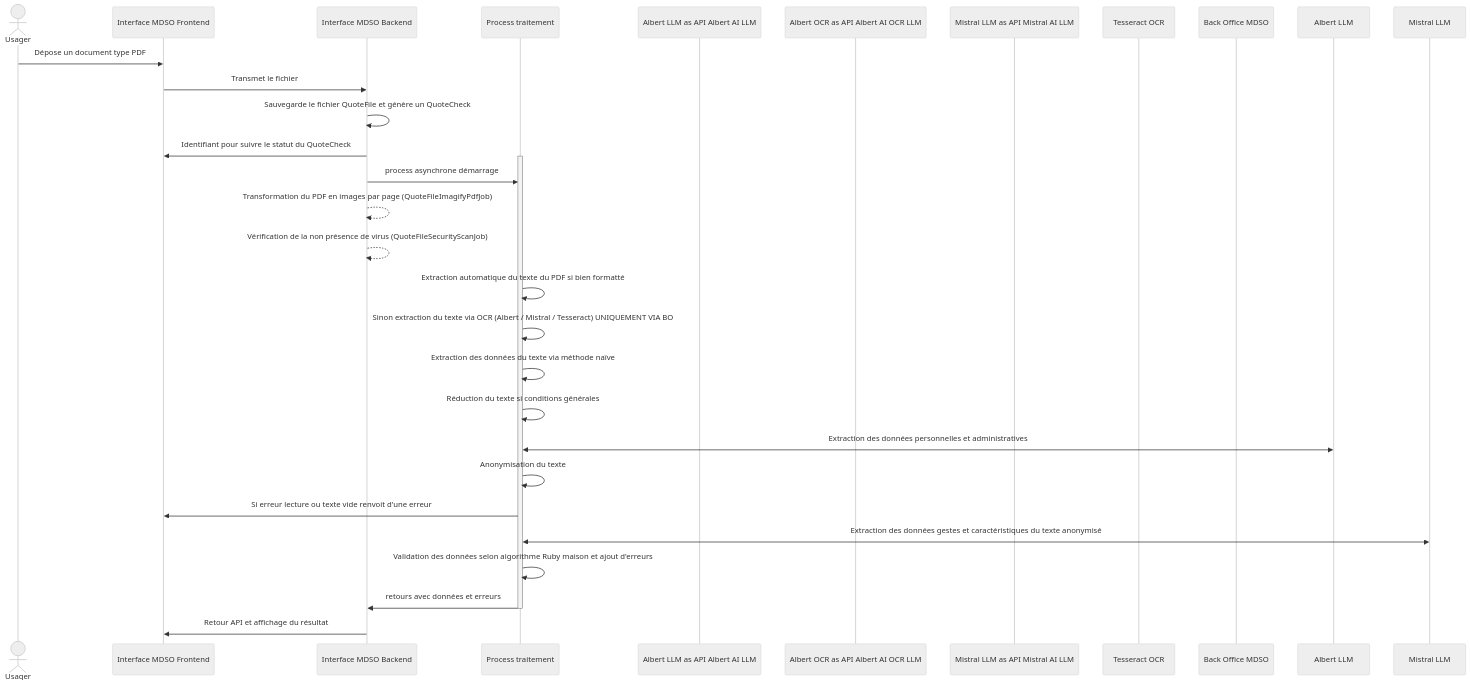
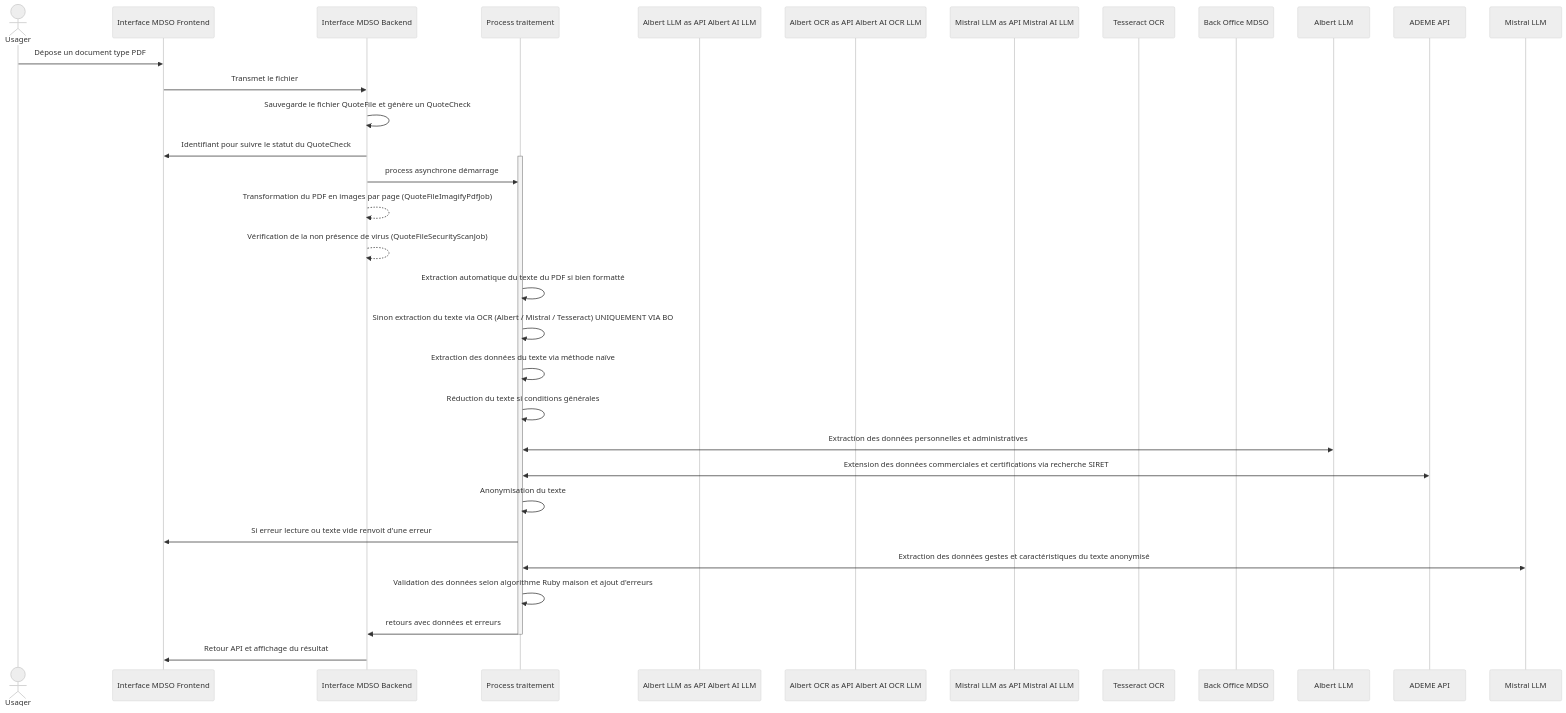
One commit to MTES-MCT/mon-devis-sans-oublis-backend changed the diagram in README.md. Above: the diagram before and after it, drawn with Mermaid (neutral theme). The commit also changed 7 other files, not shown here.

````diff
--- a/README.md
+++ b/README.md
@@ -30,45 +30,46 @@
 ```mermaid
 sequenceDiagram
     actor User as Usager
     participant Frontend as Interface MDSO Frontend
     participant Backend as Interface MDSO Backend
 
     participant QuoteCheckCheckJob as Process traitement
     participant Albert LLM as API Albert AI LLM
     participant Albert OCR as API Albert AI OCR LLM
     participant Mistral LLM as API Mistral AI LLM
     participant Tesseract as Tesseract OCR
 
     participant BO as Back Office MDSO
 
     User->>Frontend: Dépose un document type PDF
     Frontend->>Backend: Transmet le fichier
     Backend->>Backend: Sauvegarde le fichier QuoteFile et génère un QuoteCheck
     Backend->>Frontend: Identifiant pour suivre le statut du QuoteCheck
 
     activate QuoteCheckCheckJob
     Backend->>QuoteCheckCheckJob: process asynchrone démarrage
     Backend-->>Backend: Transformation du PDF en images par page (QuoteFileImagifyPdfJob)
     Backend-->>Backend: Vérification de la non présence de virus (QuoteFileSecurityScanJob)
 
     QuoteCheckCheckJob->>QuoteCheckCheckJob: Extraction automatique du texte du PDF si bien formatté
     QuoteCheckCheckJob->>QuoteCheckCheckJob: Sinon extraction du texte via OCR (Albert / Mistral / Tesseract) UNIQUEMENT VIA BO
 
     QuoteCheckCheckJob->>QuoteCheckCheckJob: Extraction des données du texte via méthode naïve
     QuoteCheckCheckJob->>QuoteCheckCheckJob: Réduction du texte si conditions générales
 
     QuoteCheckCheckJob<<->>Albert LLM: Extraction des données personnelles et administratives
+    QuoteCheckCheckJob<<->>ADEME API: Extension des données commerciales et certifications via recherche SIRET
 
     QuoteCheckCheckJob->>QuoteCheckCheckJob: Anonymisation du texte
     
     QuoteCheckCheckJob->>Frontend: Si erreur lecture ou texte vide renvoit d'une erreur
 
     QuoteCheckCheckJob<<->>Mistral LLM: Extraction des données gestes et caractéristiques du texte anonymisé
 
     QuoteCheckCheckJob->>QuoteCheckCheckJob: Validation des données selon algorithme Ruby maison et ajout d'erreurs
 
     QuoteCheckCheckJob->>Backend: retours avec données et erreurs
     deactivate QuoteCheckCheckJob
 
     Backend->>Frontend: Retour API et affichage du résultat
 ```
````
